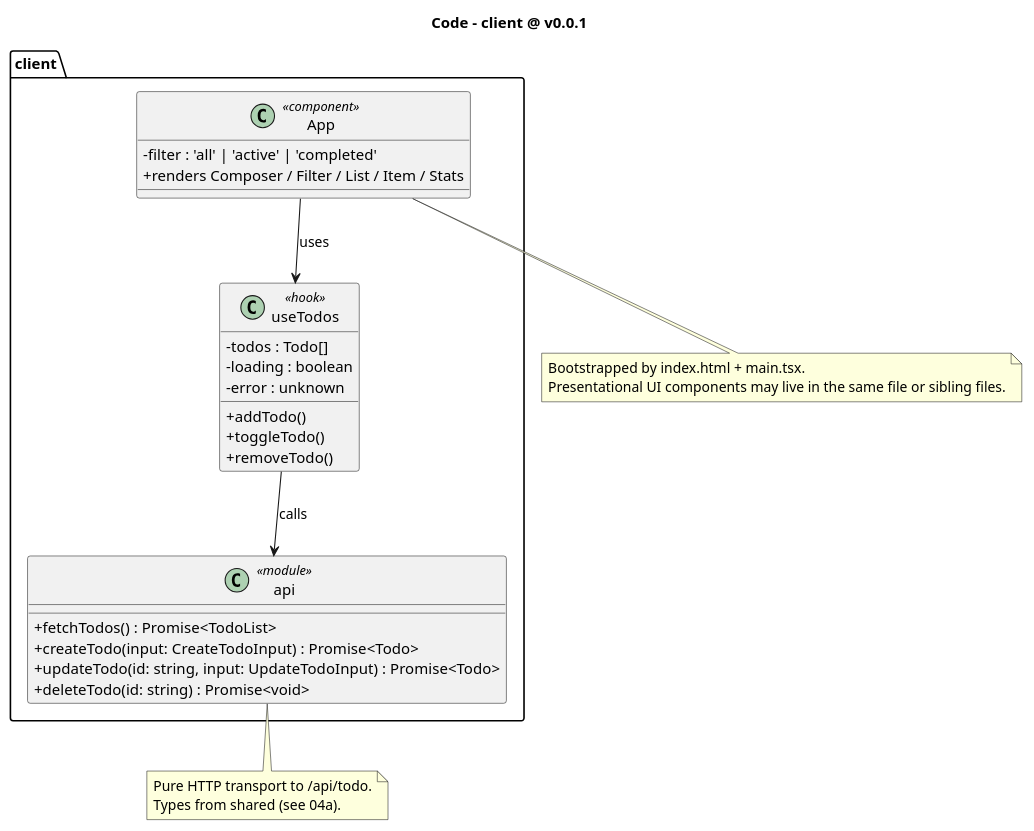
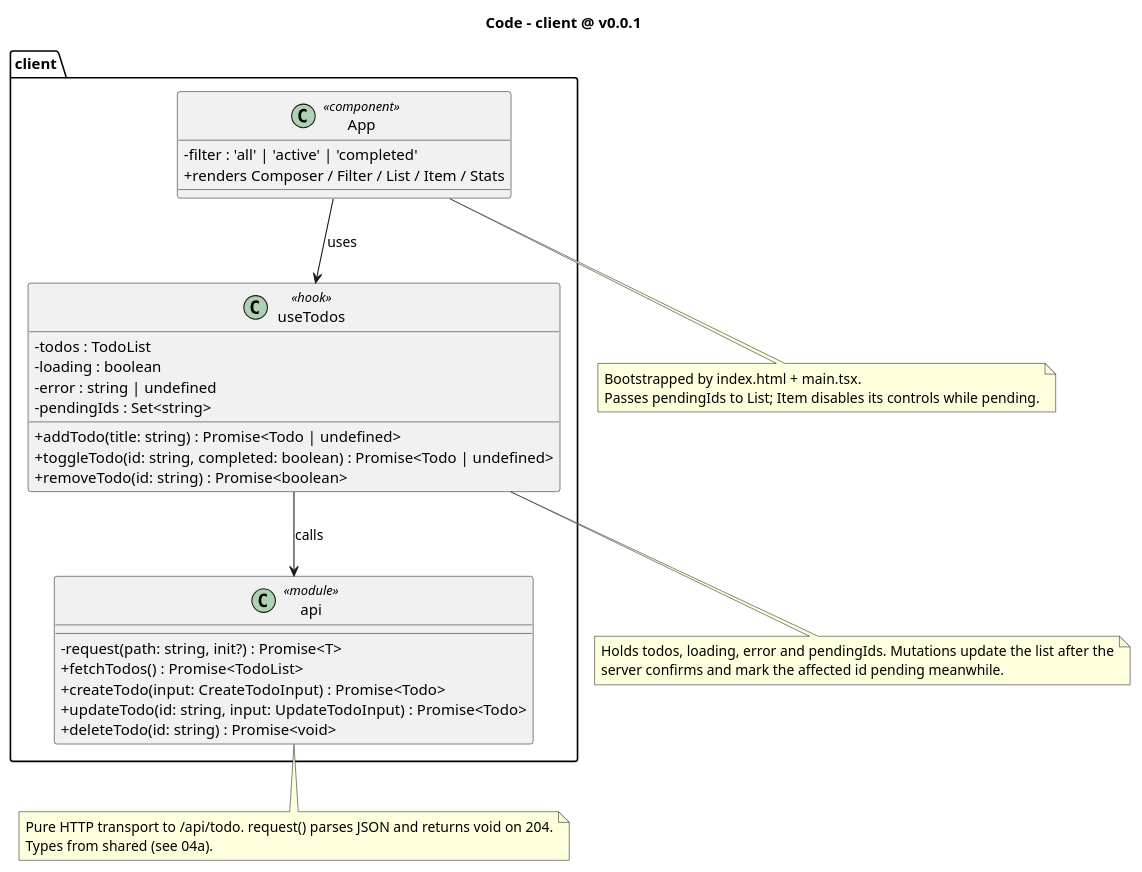
The diagram in docs/architecture/diagrams/04c-code-client.puml (MemoryIt/todo), drawn with PlantUML before and after one commit.

Commit message:
docs(diagrams): sync client code diagram with pendingIds and unified request
- useTodos: add pendingIds, correct error to string | undefined and todos
  to TodoList, and show the three action signatures.
- api: show the private request() helper used by every method (204 -> void).
- note the pending flow from App to List/Item.
- 03a and the dynamic diagrams are unchanged (still accurate).

```diff
--- a/docs/architecture/diagrams/04c-code-client.puml
+++ b/docs/architecture/diagrams/04c-code-client.puml
@@ -1,41 +1,48 @@
 @startuml
 title Code - client @ v0.0.1
 skinparam classAttributeIconSize 0
 
 package "client" {
   class api <<module>> {
+    -request(path: string, init?) : Promise<T>
     +fetchTodos() : Promise<TodoList>
     +createTodo(input: CreateTodoInput) : Promise<Todo>
     +updateTodo(id: string, input: UpdateTodoInput) : Promise<Todo>
     +deleteTodo(id: string) : Promise<void>
   }
 
   class useTodos <<hook>> {
-    -todos : Todo[]
+    -todos : TodoList
     -loading : boolean
-    -error : unknown
-    +addTodo()
-    +toggleTodo()
-    +removeTodo()
+    -error : string | undefined
+    -pendingIds : Set<string>
+    +addTodo(title: string) : Promise<Todo | undefined>
+    +toggleTodo(id: string, completed: boolean) : Promise<Todo | undefined>
+    +removeTodo(id: string) : Promise<boolean>
   }
 
   class App <<component>> {
     -filter : 'all' | 'active' | 'completed'
     +renders Composer / Filter / List / Item / Stats
   }
 }
 
 useTodos --> api : calls
 App --> useTodos : uses
 
 note bottom of api
-  Pure HTTP transport to /api/todo.
+  Pure HTTP transport to /api/todo. request() parses JSON and returns void on 204.
   Types from shared (see 04a).
+end note
+
+note bottom of useTodos
+  Holds todos, loading, error and pendingIds. Mutations update the list after the
+  server confirms and mark the affected id pending meanwhile.
 end note
 
 note bottom of App
   Bootstrapped by index.html + main.tsx.
-  Presentational UI components may live in the same file or sibling files.
+  Passes pendingIds to List; Item disables its controls while pending.
 end note
 
 @enduml
```
